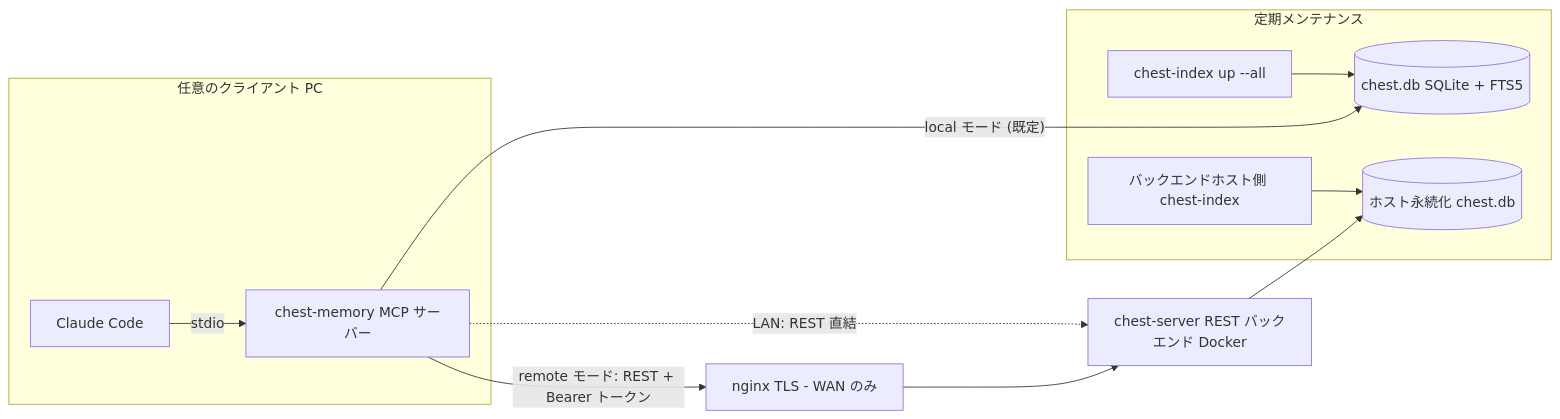
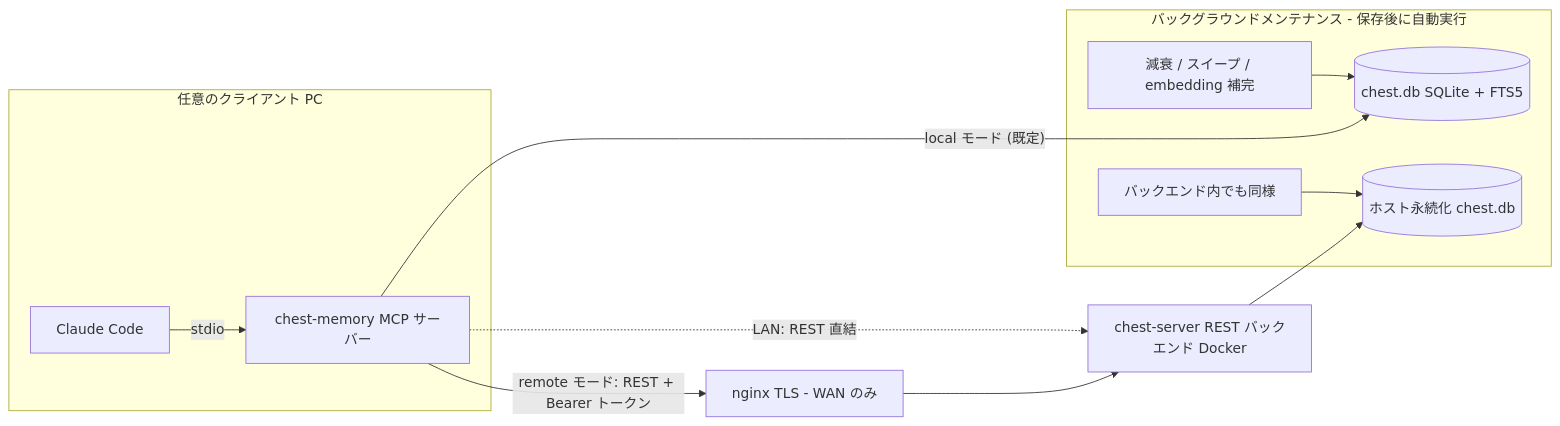
The diagram in README.ja.md (siosig/mcp-chest-memory), drawn with Mermaid before and after one commit. The commit also changed other lines of this file and 8 other files, not shown here.

````diff
--- a/README.ja.md
+++ b/README.ja.md
@@ -32,17 +32,17 @@
 ```mermaid
 flowchart LR
     subgraph client [任意のクライアント PC]
         CC[Claude Code] -->|stdio| MCP[chest-memory MCP サーバー]
     end
 
     MCP -->|"local モード (既定)"| DB[(chest.db SQLite + FTS5)]
     MCP -->|"remote モード: REST + Bearer トークン"| NG[nginx TLS - WAN のみ]
     NG --> API[chest-server REST バックエンド Docker]
     MCP -.->|"LAN: REST 直結"| API
     API --> DB2[(ホスト永続化 chest.db)]
 
-    subgraph maintenance [定期メンテナンス]
-        IDX[chest-index up --all] --> DB
-        IDX2[バックエンドホスト側 chest-index] --> DB2
+    subgraph maintenance [バックグラウンドメンテナンス - 保存後に自動実行]
+        IDX[減衰 / スイープ / embedding 補完] --> DB
+        IDX2[バックエンド内でも同様] --> DB2
     end
 ```
````
